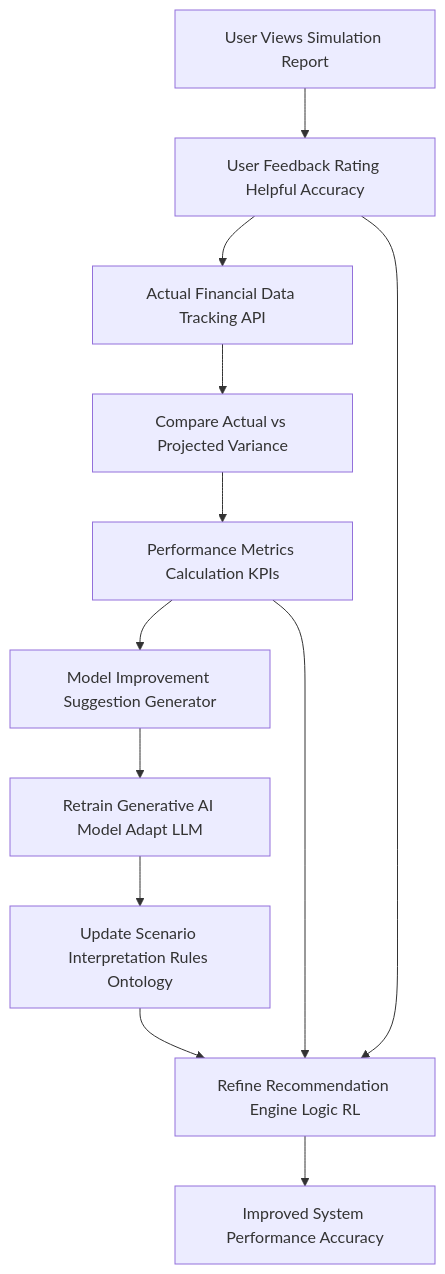
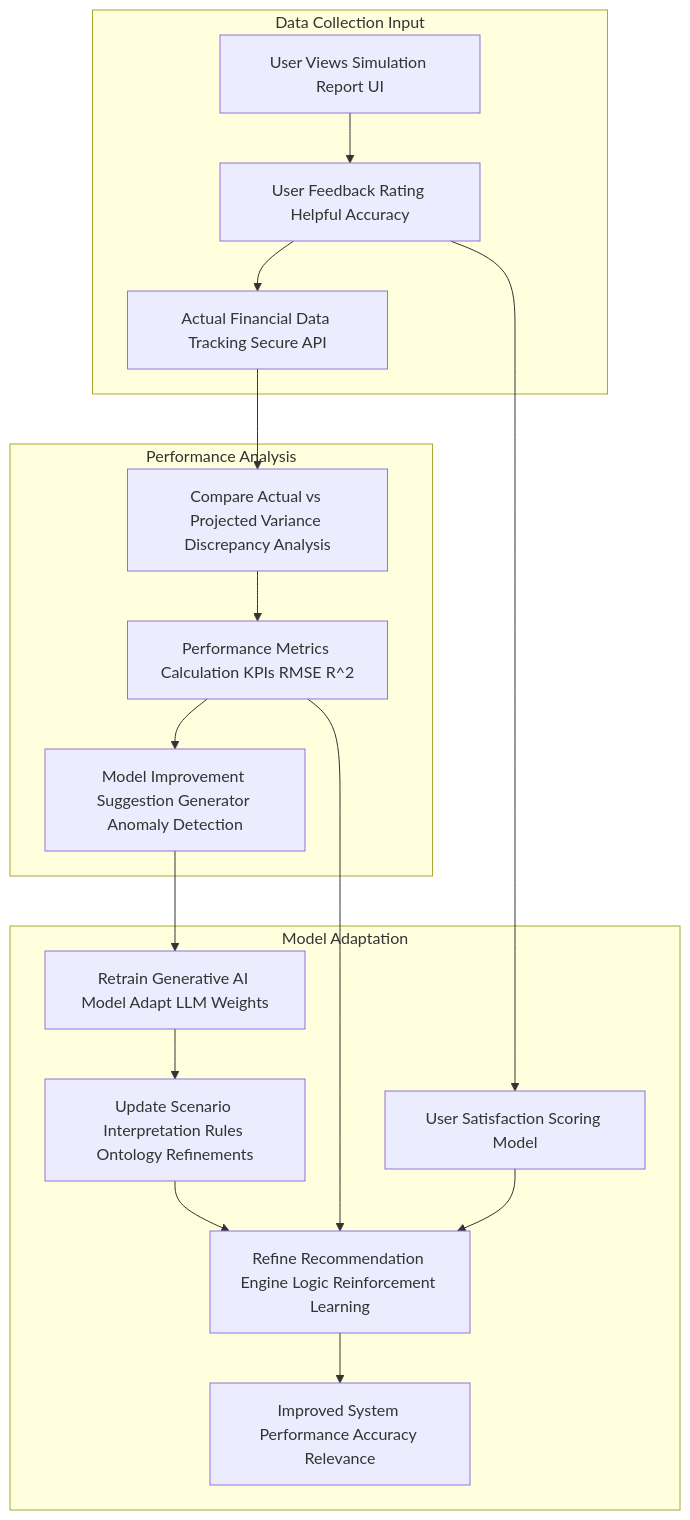
The fifth of 11 diagrams in inventions/009_ai_financial_simulation.md (diplomat-bit/Citibank_Demo_Business_Inc_Demonstration-), drawn with Mermaid before and after one commit. The commit also changed other lines of this file, not shown here.

Commit message:
[AI] Edit: inventions/009_ai_financial_simulation.md

````diff
--- a/inventions/009_ai_financial_simulation.md
+++ b/inventions/009_ai_financial_simulation.md
@@ -342,14 +555,32 @@
 ```mermaid
 graph TD
-    A[User Views Simulation Report] --> B[User Feedback Rating Helpful Accuracy];
-    B --> C[Actual Financial Data Tracking API];
-    C --> D[Compare Actual vs Projected Variance];
-    D --> E[Performance Metrics Calculation KPIs];
-    E --> F[Model Improvement Suggestion Generator];
-    F --> G[Retrain Generative AI Model Adapt LLM];
-    G --> H[Update Scenario Interpretation Rules Ontology];
-    H --> I[Refine Recommendation Engine Logic RL];
-    I --> J[Improved System Performance Accuracy];
-    B --> I;
+    A[User Views Simulation Report UI] --> B[User Feedback Rating Helpful Accuracy];
+    B --> C[Actual Financial Data Tracking Secure API];
+    C --> D[Compare Actual vs Projected Variance Discrepancy Analysis];
+    D --> E[Performance Metrics Calculation KPIs RMSE R^2];
+    E --> F[Model Improvement Suggestion Generator Anomaly Detection];
+    F --> G[Retrain Generative AI Model Adapt LLM Weights];
+    G --> H[Update Scenario Interpretation Rules Ontology Refinements];
+    H --> I[Refine Recommendation Engine Logic Reinforcement Learning];
+    I --> J[Improved System Performance Accuracy Relevance];
+    B --> K[User Satisfaction Scoring Model];
+    K --> I;
     E --> I;
+    subgraph Data Collection Input
+        A
+        B
+        C
+    end
+    subgraph Performance Analysis
+        D
+        E
+        F
+    end
+    subgraph Model Adaptation
+        G
+        H
+        I
+        J
+        K
+    end
 ```
````
